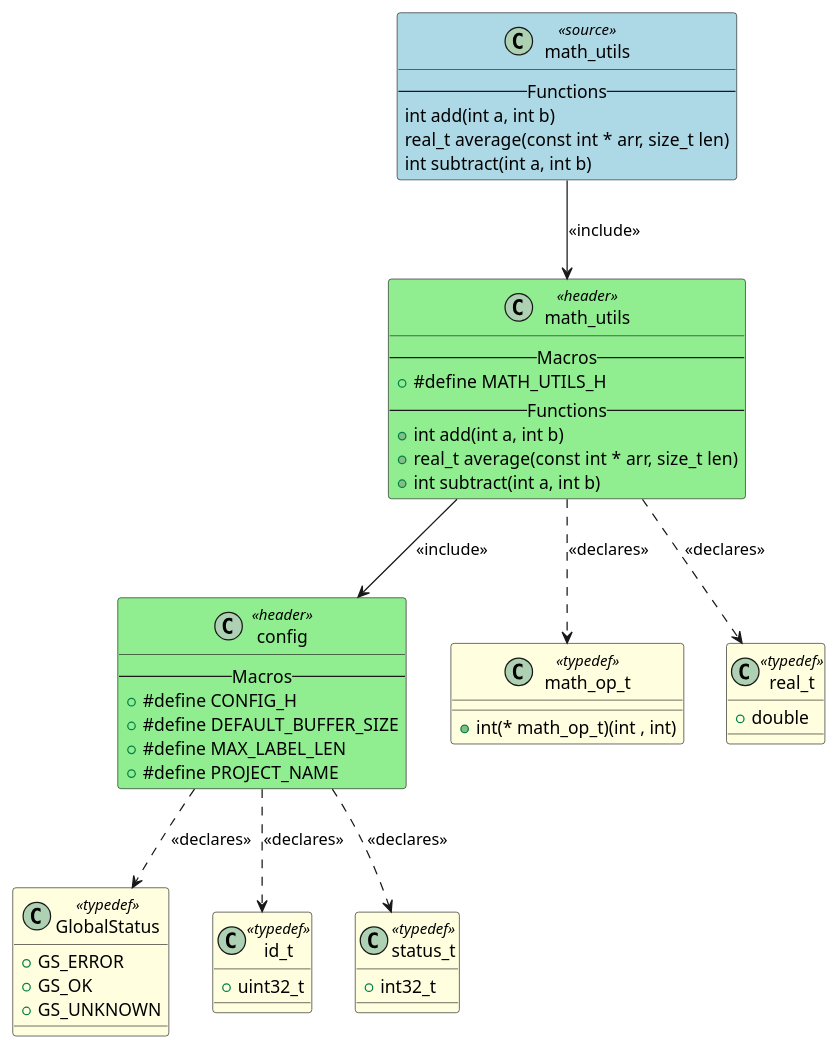
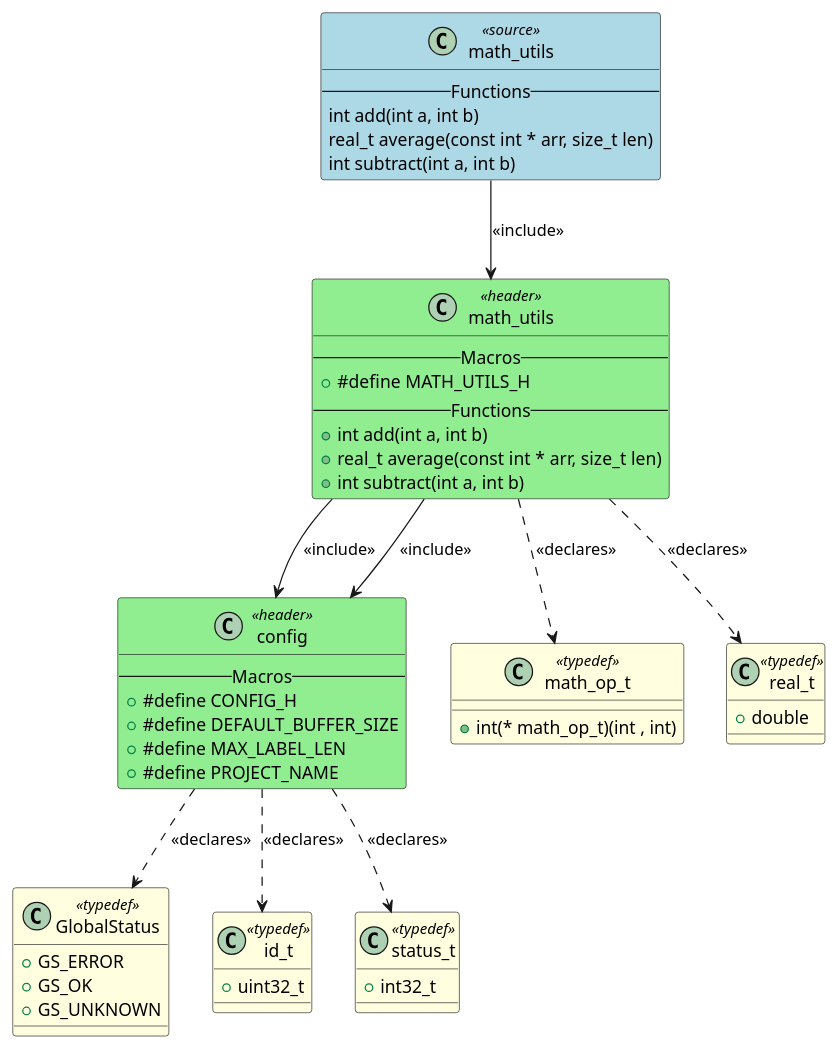
Before and after one commit to fischerjooo/c2puml: the diagram in output/math_utils.puml, drawn with PlantUML. The commit also changed 15 other files, not shown here.

```diff
--- a/output/math_utils.puml
+++ b/output/math_utils.puml
@@ -1,71 +1,72 @@
 @startuml math_utils
 
 class "math_utils" as MATH_UTILS <<source>> #LightBlue
 {
     -- Functions --
     int add(int a, int b)
     real_t average(const int * arr, size_t len)
     int subtract(int a, int b)
 }
 
 class "config" as HEADER_CONFIG <<header>> #LightGreen
 {
     -- Macros --
     + #define CONFIG_H
     + #define DEFAULT_BUFFER_SIZE
     + #define MAX_LABEL_LEN
     + #define PROJECT_NAME
 }
 
 class "math_utils" as HEADER_MATH_UTILS <<header>> #LightGreen
 {
     -- Macros --
     + #define MATH_UTILS_H
     -- Functions --
     + int add(int a, int b)
     + real_t average(const int * arr, size_t len)
     + int subtract(int a, int b)
 }
 
 class "GlobalStatus" as TYPEDEF_GLOBALSTATUS <<typedef>> #LightYellow
 {
     + GS_ERROR
     + GS_OK
     + GS_UNKNOWN
 }
 
 class "id_t" as TYPEDEF_ID_T <<typedef>> #LightYellow
 {
     + uint32_t
 }
 
 class "status_t" as TYPEDEF_STATUS_T <<typedef>> #LightYellow
 {
     + int32_t
 }
 
 class "math_op_t" as TYPEDEF_MATH_OP_T <<typedef>> #LightYellow
 {
     + int(* math_op_t)(int , int)
 }
 
 class "real_t" as TYPEDEF_REAL_T <<typedef>> #LightYellow
 {
     + double
 }
 
 
 ' Include relationships
 MATH_UTILS --> HEADER_MATH_UTILS : <<include>>
 HEADER_MATH_UTILS --> HEADER_CONFIG : <<include>>
+HEADER_MATH_UTILS --> HEADER_CONFIG : <<include>>
 
 ' Declaration relationships
 HEADER_CONFIG ..> TYPEDEF_GLOBALSTATUS : <<declares>>
 HEADER_CONFIG ..> TYPEDEF_ID_T : <<declares>>
 HEADER_CONFIG ..> TYPEDEF_STATUS_T : <<declares>>
 HEADER_MATH_UTILS ..> TYPEDEF_MATH_OP_T : <<declares>>
 HEADER_MATH_UTILS ..> TYPEDEF_REAL_T : <<declares>>
 
 ' Uses relationships
 
 @enduml
```
